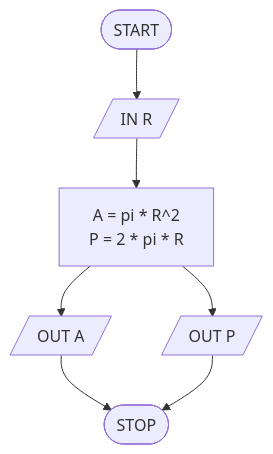
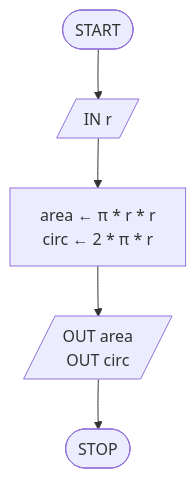
One commit to pg-laboratorio/flowcharts_laboratorio_esercizi changed the second of 28 diagrams in flowcharts_soluzioni.md. Above: the diagram before and after it, drawn with Mermaid. The commit also changed other lines of this file, not shown here.

````diff
--- a/flowcharts_soluzioni.md
+++ b/flowcharts_soluzioni.md
@@ -29,10 +38,7 @@
 ```mermaid
 graph TD
-    START([START]) --> INPUT[/IN R/]
-    INPUT --> PROCESS["A = pi * R^2<br>P = 2 * pi * R"]
-    PROCESS --> OUTPUT_A[/OUT A/]
-    PROCESS --> OUTPUT_P[/OUT P/]
-    OUTPUT_A --> STOP([STOP])
-    OUTPUT_P --> STOP
-
+    START([START]) --> INPUT[/"IN r"/]
+    INPUT --> PROC["area ← π * r * r<br>circ ← 2 * π * r"]
+    PROC --> OUTPUT[/"OUT area<br>OUT circ"/]
+    OUTPUT --> STOP([STOP])
 ```
````
